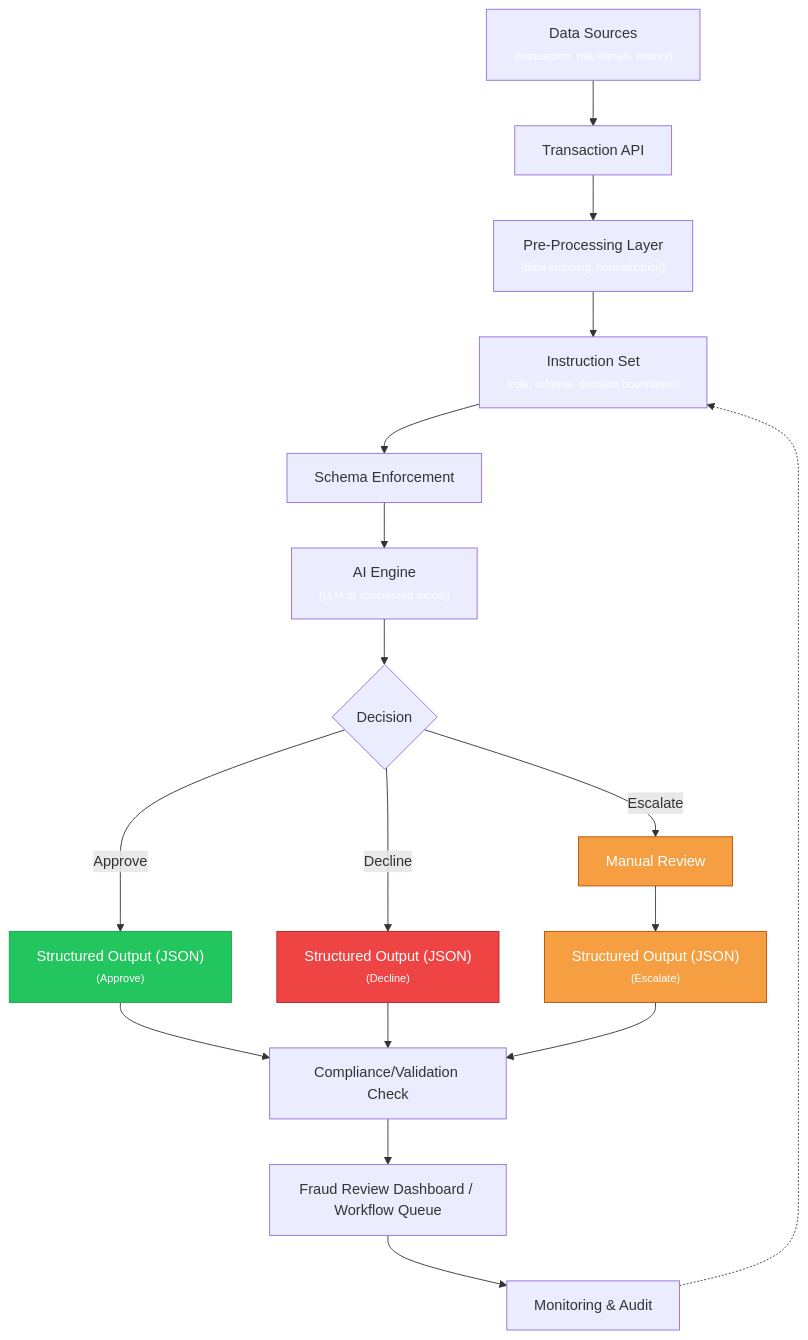
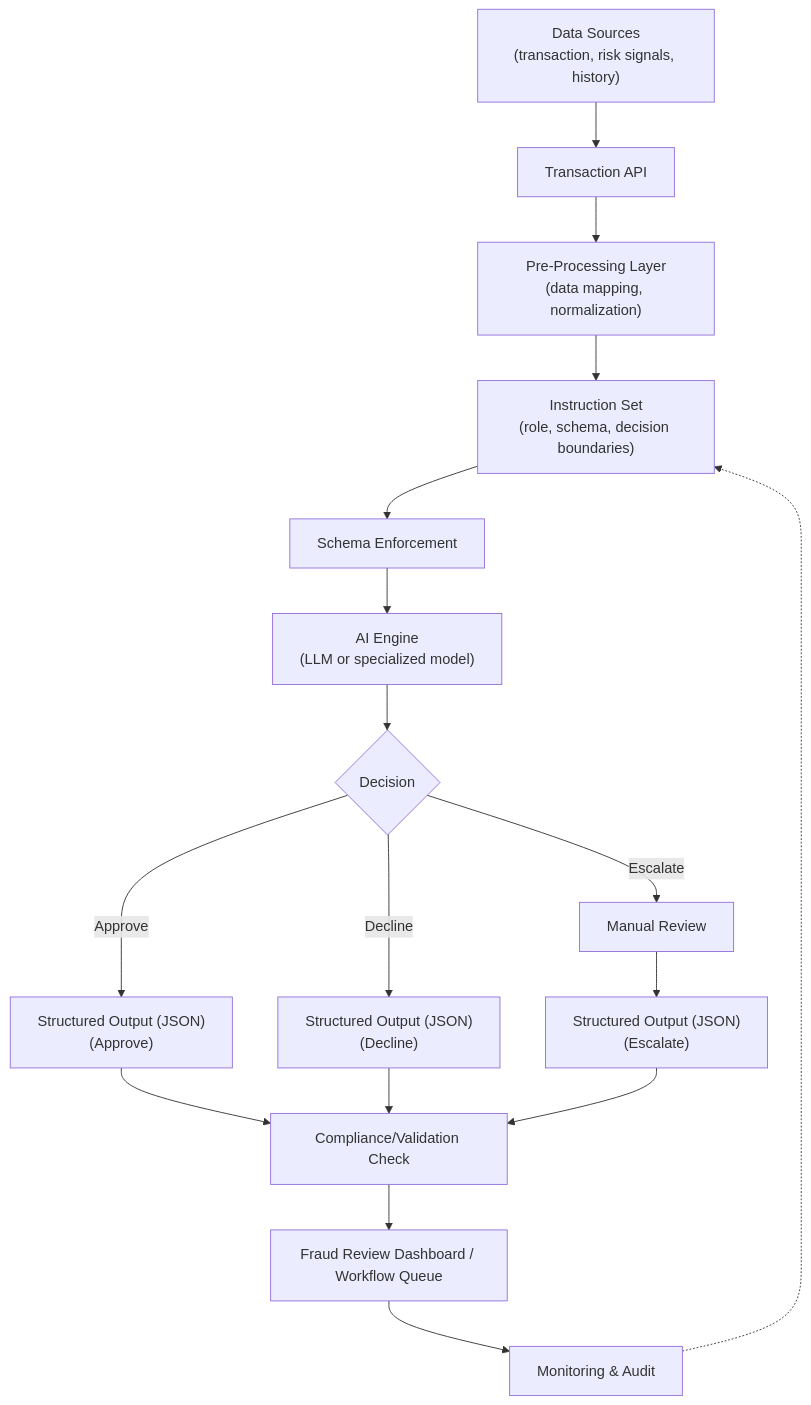
The diagram in apps/web/content/blog/01-ai-system-instructions-for-transaction-analysis-blog.md (adthomps/applied-practical-thinking), drawn with Mermaid before and after one commit. The commit also changed 63 other files, not shown here.

````diff
--- a/apps/web/content/blog/01-ai-system-instructions-for-transaction-analysis-blog.md
+++ b/apps/web/content/blog/01-ai-system-instructions-for-transaction-analysis-blog.md
@@ -105,40 +105,24 @@
 ```mermaid
 %%{init:{
   "securityLevel":"loose",
-  "flowchart":{"htmlLabels":true,"useMaxWidth":true,"diagramPadding":16,"padding":12,"curve":"linear"},
-  "themeVariables":{
-    "approveBg":"#22c55e",
-    "approveBorder":"#16a34a",
-    "declineBg":"#ef4444",
-    "declineBorder":"#b91c1c",
-    "escalateBg":"#f59e42",
-    "escalateBorder":"#b45309"
-  }
+  "flowchart":{"htmlLabels":true,"useMaxWidth":true,"diagramPadding":16,"padding":12,"curve":"linear"}
 }%%
 flowchart TD
-  DS["Data Sources<br/><span style='font-size:12px;color:#FFFFFF;'>(transaction, risk signals, history)</span>"] --> A["Transaction API"]
-  A --> B["Pre-Processing Layer<br/><span style='font-size:12px;color:#FFFFFF;'>(data mapping, normalization)</span>"]
-  B --> C["Instruction Set<br/><span style='font-size:12px;color:#FFFFFF;'>(role, schema, decision boundaries)</span>"]
+  DS["Data Sources<br/>(transaction, risk signals, history)"] --> A["Transaction API"]
+  A --> B["Pre-Processing Layer<br/>(data mapping, normalization)"]
+  B --> C["Instruction Set<br/>(role, schema, decision boundaries)"]
   C --> SE["Schema Enforcement"]
-  SE --> D["AI Engine<br/><span style='font-size:12px;color:#FFFFFF;'>(LLM or specialized model)</span>"]
+  SE --> D["AI Engine<br/>(LLM or specialized model)"]
   D --> DECISION{"Decision"}
-  DECISION -->|"Approve"| E1["Structured Output (JSON)<br/><span style='font-size:12px;color:#FFFFFF;'>(Approve)</span>"]:::approve
-  DECISION -->|"Decline"| E2["Structured Output (JSON)<br/><span style='font-size:12px;color:#FFFFFF;'>(Decline)</span>"]:::decline
-  DECISION -->|"Escalate"| MR["Manual Review"]:::escalate
-  MR --> E3["Structured Output (JSON)<br/><span style='font-size:12px;color:#FFFFFF;'>(Escalate)"]:::escalate
+  DECISION -->|"Approve"| E1["Structured Output (JSON)<br/>(Approve)"]
+  DECISION -->|"Decline"| E2["Structured Output (JSON)<br/>(Decline)"]
+  DECISION -->|"Escalate"| MR["Manual Review"]
+  MR --> E3["Structured Output (JSON)<br/>(Escalate)"]
   E1 --> CC["Compliance/Validation Check"]
   E2 --> CC
   E3 --> CC
   CC --> F["Fraud Review Dashboard / Workflow Queue"]
   F --> MON["Monitoring & Audit"]
   MON -.-> C
 
-  %% Node styles
-  E1:::approve
-  E2:::decline
-  E3:::escalate
-  classDef approve fill:#22c55e,stroke:#16a34a,color:#fff;
-  classDef decline fill:#ef4444,stroke:#b91c1c,color:#fff;
-  classDef escalate fill:#f59e42,stroke:#b45309,color:#fff;
-
 ```
````
